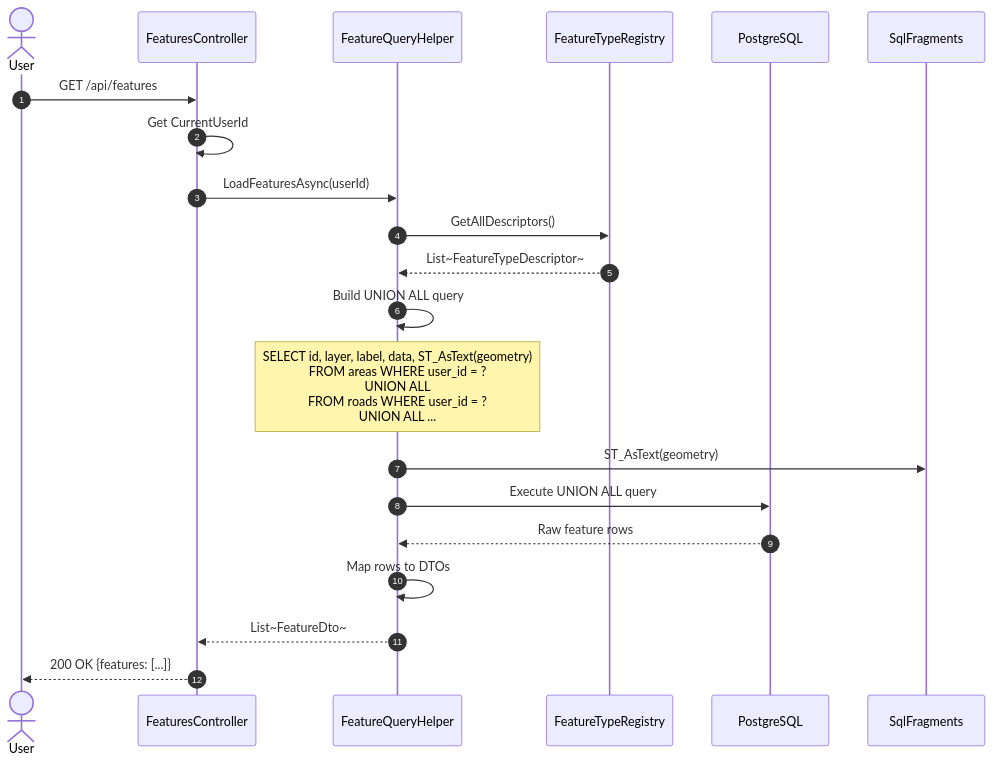
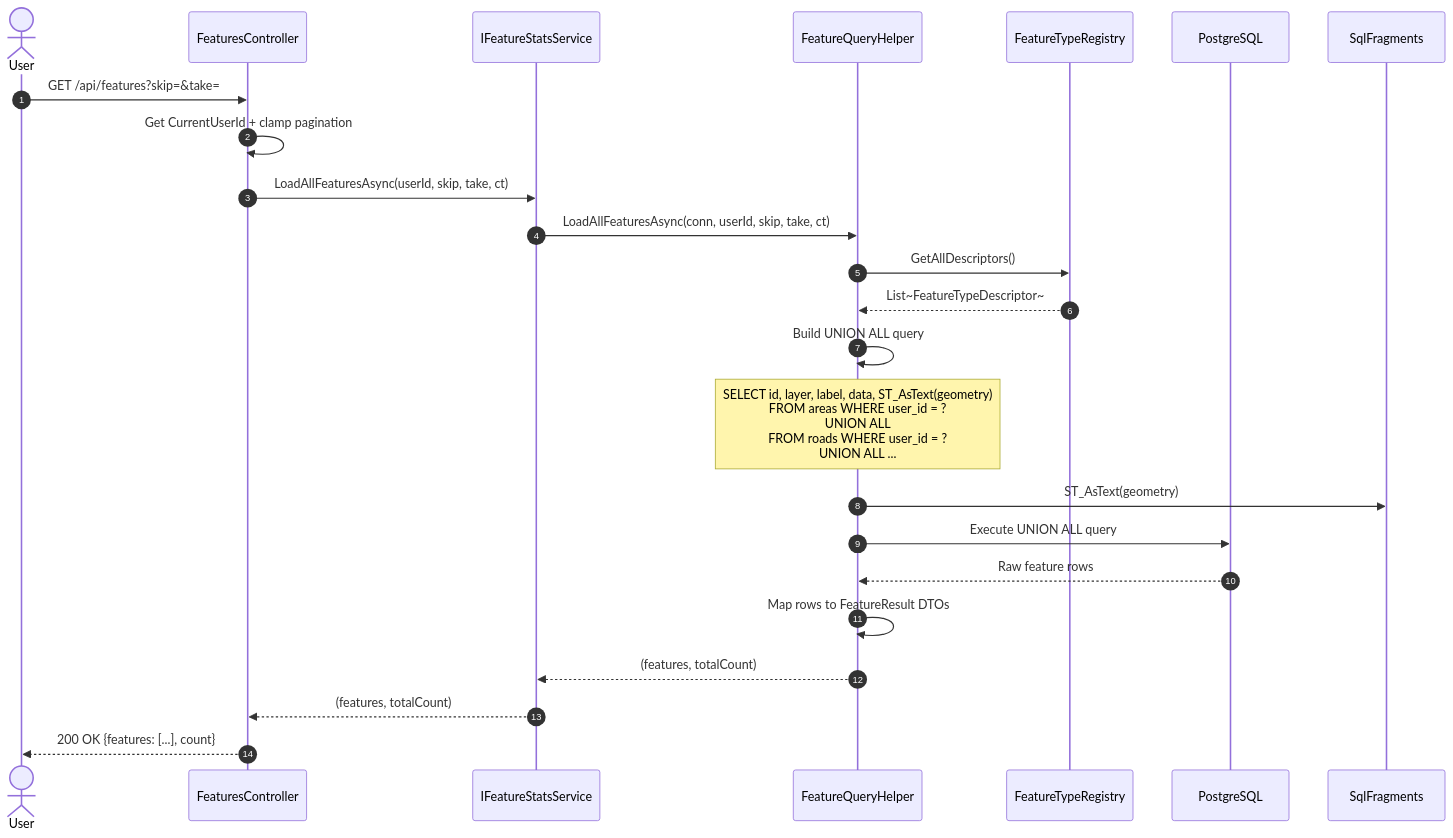
The fifth of 7 diagrams in docs/uml/nars-sequence-diagram.md (Zuhir-Benslama/NARS), drawn with Mermaid before and after one commit. The commit also changed 43 other files, not shown here.

````diff
--- a/docs/uml/nars-sequence-diagram.md
+++ b/docs/uml/nars-sequence-diagram.md
@@ -207,30 +207,33 @@
 ```mermaid
 sequenceDiagram
     autonumber
     actor User
     participant FeaturesController
+    participant IFeatureStatsService
     participant FeatureQueryHelper
     participant FeatureTypeRegistry
     participant PostgreSQL
     participant SqlFragments
 
-    User->>FeaturesController: GET /api/features
-    FeaturesController->>FeaturesController: Get CurrentUserId
+    User->>FeaturesController: GET /api/features?skip=&take=
+    FeaturesController->>FeaturesController: Get CurrentUserId + clamp pagination
 
-    FeaturesController->>FeatureQueryHelper: LoadFeaturesAsync(userId)
+    FeaturesController->>IFeatureStatsService: LoadAllFeaturesAsync(userId, skip, take, ct)
+    IFeatureStatsService->>FeatureQueryHelper: LoadAllFeaturesAsync(conn, userId, skip, take, ct)
 
     FeatureQueryHelper->>FeatureTypeRegistry: GetAllDescriptors()
     FeatureTypeRegistry-->>FeatureQueryHelper: List~FeatureTypeDescriptor~
 
     FeatureQueryHelper->>FeatureQueryHelper: Build UNION ALL query
     Note over FeatureQueryHelper: SELECT id, layer, label, data, ST_AsText(geometry)<br/>FROM areas WHERE user_id = ?<br/>UNION ALL<br/>FROM roads WHERE user_id = ?<br/>UNION ALL ...
 
     FeatureQueryHelper->>SqlFragments: ST_AsText(geometry)
     FeatureQueryHelper->>PostgreSQL: Execute UNION ALL query
     PostgreSQL-->>FeatureQueryHelper: Raw feature rows
 
-    FeatureQueryHelper->>FeatureQueryHelper: Map rows to DTOs
-    FeatureQueryHelper-->>FeaturesController: List~FeatureDto~
+    FeatureQueryHelper->>FeatureQueryHelper: Map rows to FeatureResult DTOs
+    FeatureQueryHelper-->>IFeatureStatsService: (features, totalCount)
+    IFeatureStatsService-->>FeaturesController: (features, totalCount)
 
-    FeaturesController-->>User: 200 OK {features: [...]}
+    FeaturesController-->>User: 200 OK {features: [...], count}
 ```
````
